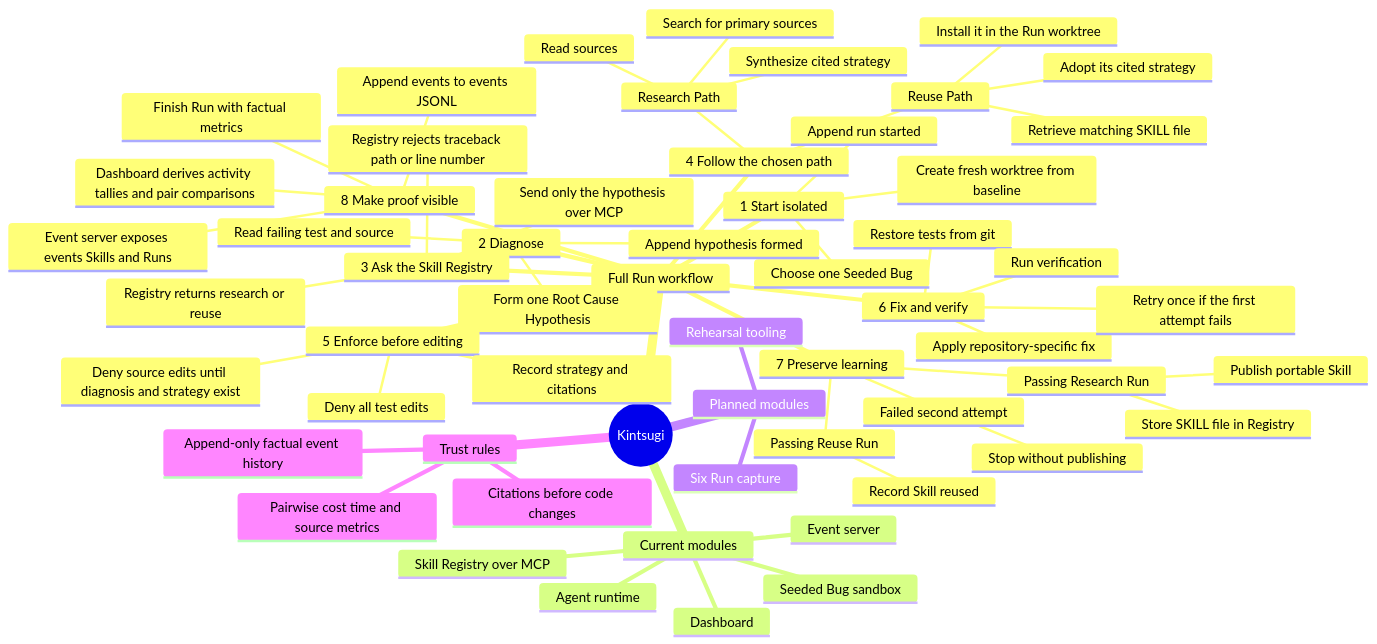
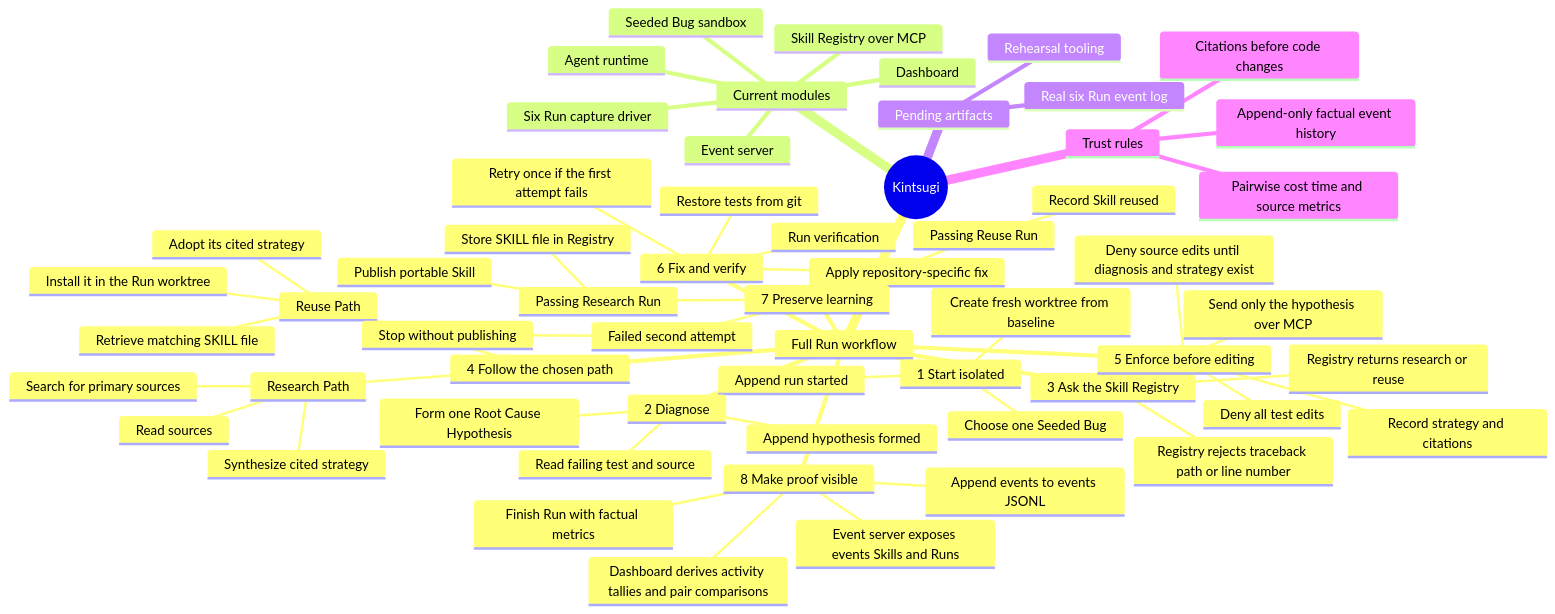
The first of 3 diagrams in docs/architecture/README.md (arnv15/Kintsugi), drawn with Mermaid before and after one commit. The commit also changed other lines of this file and 8 other files, not shown here.

Commit message:
Prepare issue 7 six-run capture

````diff
--- a/docs/architecture/README.md
+++ b/docs/architecture/README.md
@@ -18,61 +19,62 @@
 ```mermaid
 mindmap
   root((Kintsugi))
     Full Run workflow
       1 Start isolated
         Choose one Seeded Bug
         Create fresh worktree from baseline
         Append run started
       2 Diagnose
         Read failing test and source
         Form one Root Cause Hypothesis
         Append hypothesis formed
       3 Ask the Skill Registry
         Send only the hypothesis over MCP
         Registry rejects traceback path or line number
         Registry returns research or reuse
       4 Follow the chosen path
         Research Path
           Search for primary sources
           Read sources
           Synthesize cited strategy
         Reuse Path
           Retrieve matching SKILL file
           Install it in the Run worktree
           Adopt its cited strategy
       5 Enforce before editing
         Record strategy and citations
         Deny all test edits
         Deny source edits until diagnosis and strategy exist
       6 Fix and verify
         Apply repository-specific fix
         Restore tests from git
         Run verification
         Retry once if the first attempt fails
       7 Preserve learning
         Passing Research Run
           Publish portable Skill
           Store SKILL file in Registry
         Passing Reuse Run
           Record Skill reused
         Failed second attempt
           Stop without publishing
       8 Make proof visible
         Finish Run with factual metrics
         Append events to events JSONL
         Event server exposes events Skills and Runs
         Dashboard derives activity tallies and pair comparisons
     Current modules
       Seeded Bug sandbox
       Event server
       Dashboard
       Agent runtime
       Skill Registry over MCP
-    Planned modules
-      Six Run capture
+      Six Run capture driver
+    Pending artifacts
+      Real six Run event log
       Rehearsal tooling
     Trust rules
       Citations before code changes
       Append-only factual event history
       Pairwise cost time and source metrics
 ```
````
